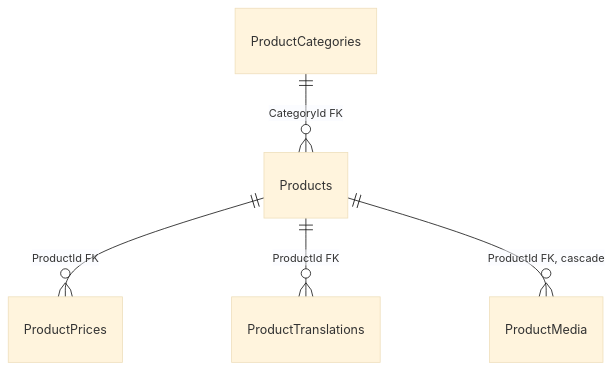
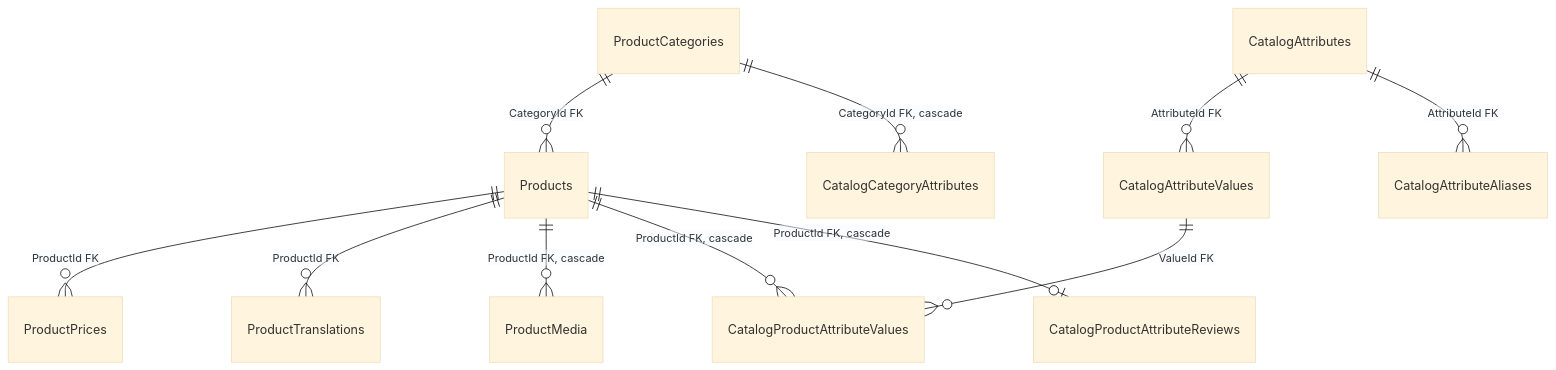
Before and after one commit to Weretik/KedrStore: the diagram in docs/sdd/architecture/data-model/catalog-products.md, drawn with Mermaid (base theme). The commit also changed other lines of this file and 51 other files, not shown here.

First line of the commit message:
feat(catalog): attribute model and idempotent attribute import (phase 1)

````diff
--- a/docs/sdd/architecture/data-model/catalog-products.md
+++ b/docs/sdd/architecture/data-model/catalog-products.md
@@ -13,7 +19,13 @@
 ```mermaid
 erDiagram
     ProductCategories ||--o{ Products : "CategoryId FK"
     Products ||--o{ ProductPrices : "ProductId FK"
     Products ||--o{ ProductTranslations : "ProductId FK"
     Products ||--o{ ProductMedia : "ProductId FK, cascade"
+    Products ||--o{ CatalogProductAttributeValues : "ProductId FK, cascade"
+    Products ||--o| CatalogProductAttributeReviews : "ProductId FK, cascade"
+    CatalogAttributes ||--o{ CatalogAttributeValues : "AttributeId FK"
+    CatalogAttributes ||--o{ CatalogAttributeAliases : "AttributeId FK"
+    CatalogAttributeValues ||--o{ CatalogProductAttributeValues : "ValueId FK"
+    ProductCategories ||--o{ CatalogCategoryAttributes : "CategoryId FK, cascade"
 ```
````
